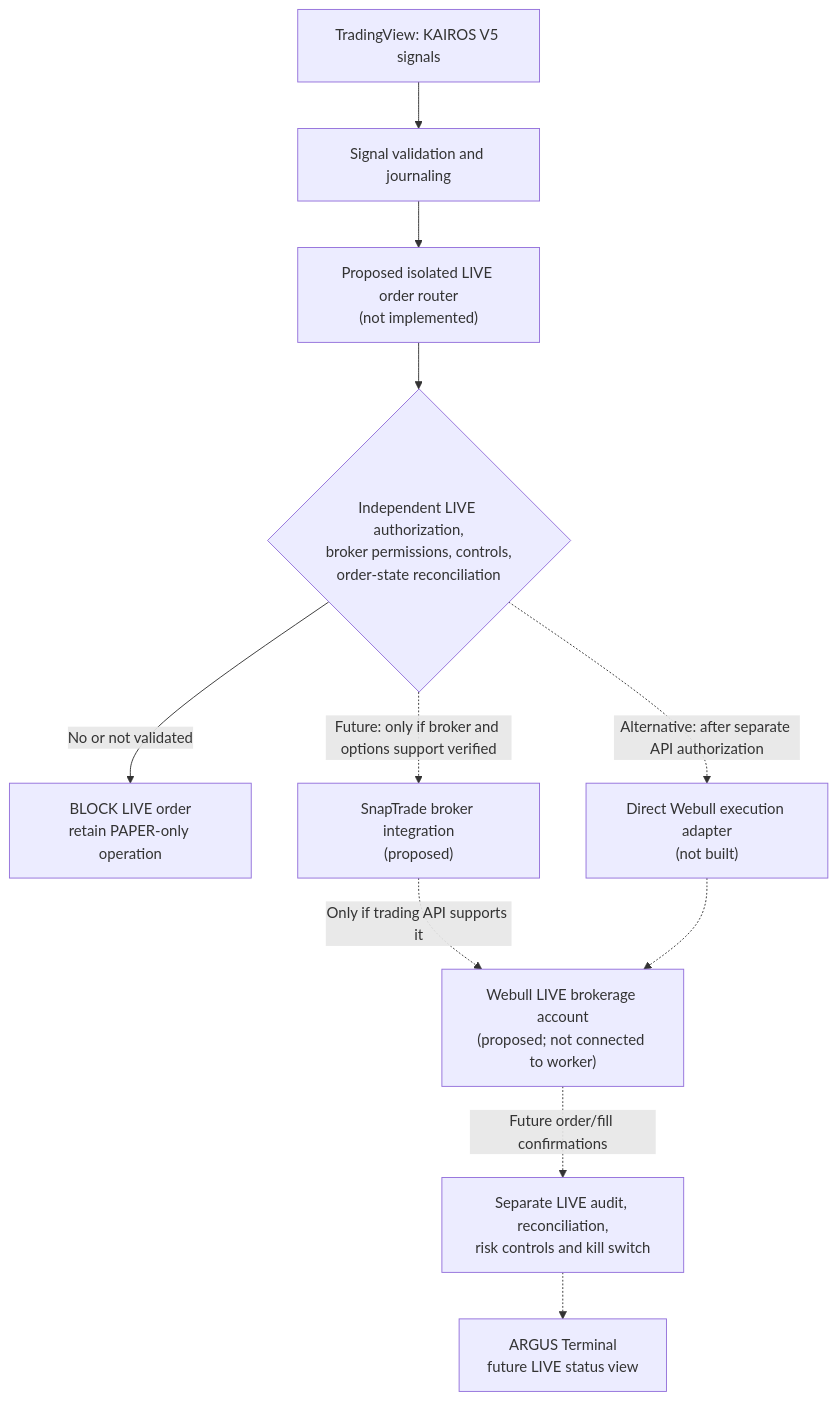
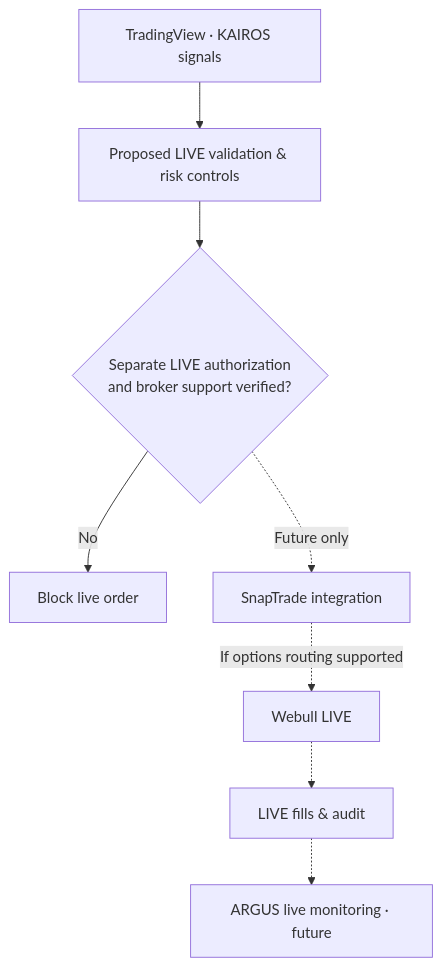
One commit to woi-6ix/AION-Algorthmic-Trading-Database_JXS changed the second of 2 diagrams in README.md. Above: the diagram before and after it, drawn with Mermaid. The commit also changed other lines of this file, not shown here.

Commit message:
Simplify ARGUS README while retaining features, security and execution workflows

````diff
--- a/README.md
+++ b/README.md
@@ -143,13 +51,10 @@
 ```mermaid
 flowchart TD
-    TV2["TradingView: KAIROS V5 signals"] --> SIG["Signal validation and journaling"]
-    SIG --> LGR["Proposed isolated LIVE order router<br/>(not implemented)"]
-    LGR --> AUTH{"Independent LIVE authorization,<br/>broker permissions, controls,<br/>order-state reconciliation"}
-    AUTH -->|"No or not validated"| DENY["BLOCK LIVE order<br/>retain PAPER-only operation"]
-    AUTH -.->|"Future: only if broker and options support verified"| SN["SnapTrade broker integration<br/>(proposed)"]
-    SN -.->|"Only if trading API supports it"| WEB["Webull LIVE brokerage account<br/>(proposed; not connected to worker)"]
-    AUTH -.->|"Alternative: after separate API authorization"| WAPI["Direct Webull execution adapter<br/>(not built)"]
-    WAPI -.-> WEB
-    WEB -.->|"Future order/fill confirmations"| AUDIT["Separate LIVE audit, reconciliation,<br/>risk controls and kill switch"]
-    AUDIT -.-> DASH2["ARGUS Terminal<br/>future LIVE status view"]
+    TV["TradingView · KAIROS signals"] --> V["Proposed LIVE validation & risk controls"]
+    V --> AUTH{"Separate LIVE authorization<br/>and broker support verified?"}
+    AUTH -->|No| BLOCK["Block live order"]
+    AUTH -.->|Future only| S["SnapTrade integration"]
+    S -.->|If options routing supported| WEB["Webull LIVE"]
+    WEB -.-> J["LIVE fills & audit"]
+    J -.-> D["ARGUS live monitoring · future"]
 ```
````
